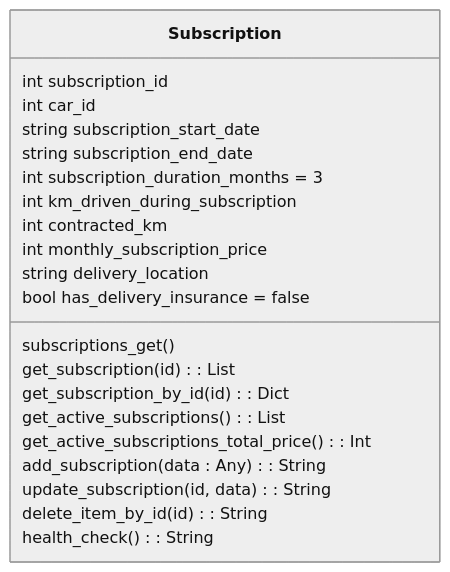
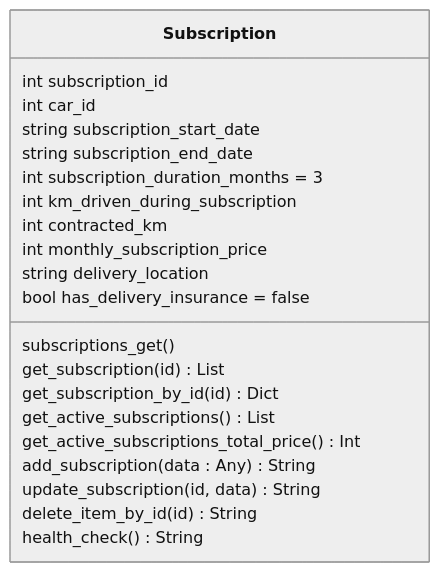
One commit to Bilabonnement-eksamensopgave-2024/abonnement-microservice changed the diagram in README.md. Above: the diagram before and after it, drawn with Mermaid (neutral theme).

Commit message:
updated domain model

````diff
--- a/README.md
+++ b/README.md
@@ -32,24 +32,24 @@
 ```mermaid
 classDiagram
     class Subscription {
         int subscription_id
         int car_id
         string subscription_start_date
         string subscription_end_date
         int subscription_duration_months = 3
         int km_driven_during_subscription
         int contracted_km
         int monthly_subscription_price
         string delivery_location
         bool has_delivery_insurance = false
         subscriptions_get()
-        get_subscription(id) : List
-        get_subscription_by_id(id) : Dict
-        get_active_subscriptions() : List
-        get_active_subscriptions_total_price() : Int
-        add_subscription(data : Any): String
-        update_subscription(id, data) : String
-        delete_item_by_id(id) : String
-        health_check() : String
+        get_subscription(id)  List
+        get_subscription_by_id(id)  Dict
+        get_active_subscriptions()  List
+        get_active_subscriptions_total_price()  Int
+        add_subscription(data : Any) String
+        update_subscription(id, data)  String
+        delete_item_by_id(id)  String
+        health_check()  String
     }
 ```
````
